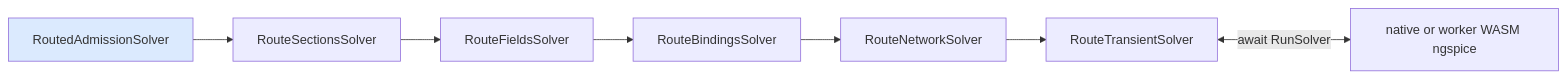
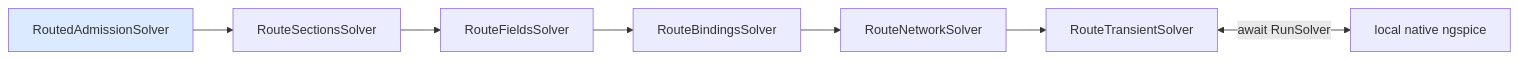
Before and after one commit to tscircuit/pcb-spice-pipeline: the third of 4 diagrams in README.md, drawn with Mermaid. The commit also changed other lines of this file and 21 other files, not shown here.

Commit message:
Remove browser engine and keep local native transient execution

````diff
--- a/README.md
+++ b/README.md
@@ -127,16 +127,16 @@
 ```mermaid
 flowchart LR
   s0["RoutedAdmissionSolver"]:::root
   s1["RouteSectionsSolver"]
   s2["RouteFieldsSolver"]
   s3["RouteBindingsSolver"]
   s4["RouteNetworkSolver"]
   s5["RouteTransientSolver"]
   s0 --> s1
   s1 --> s2
   s2 --> s3
   s3 --> s4
   s4 --> s5
-  s5 <-->|"await RunSolver"| engine["native or worker WASM ngspice"]
+  s5 <-->|"await RunSolver"| engine["local native ngspice"]
   classDef root fill:#dbeafe
 ```
````
